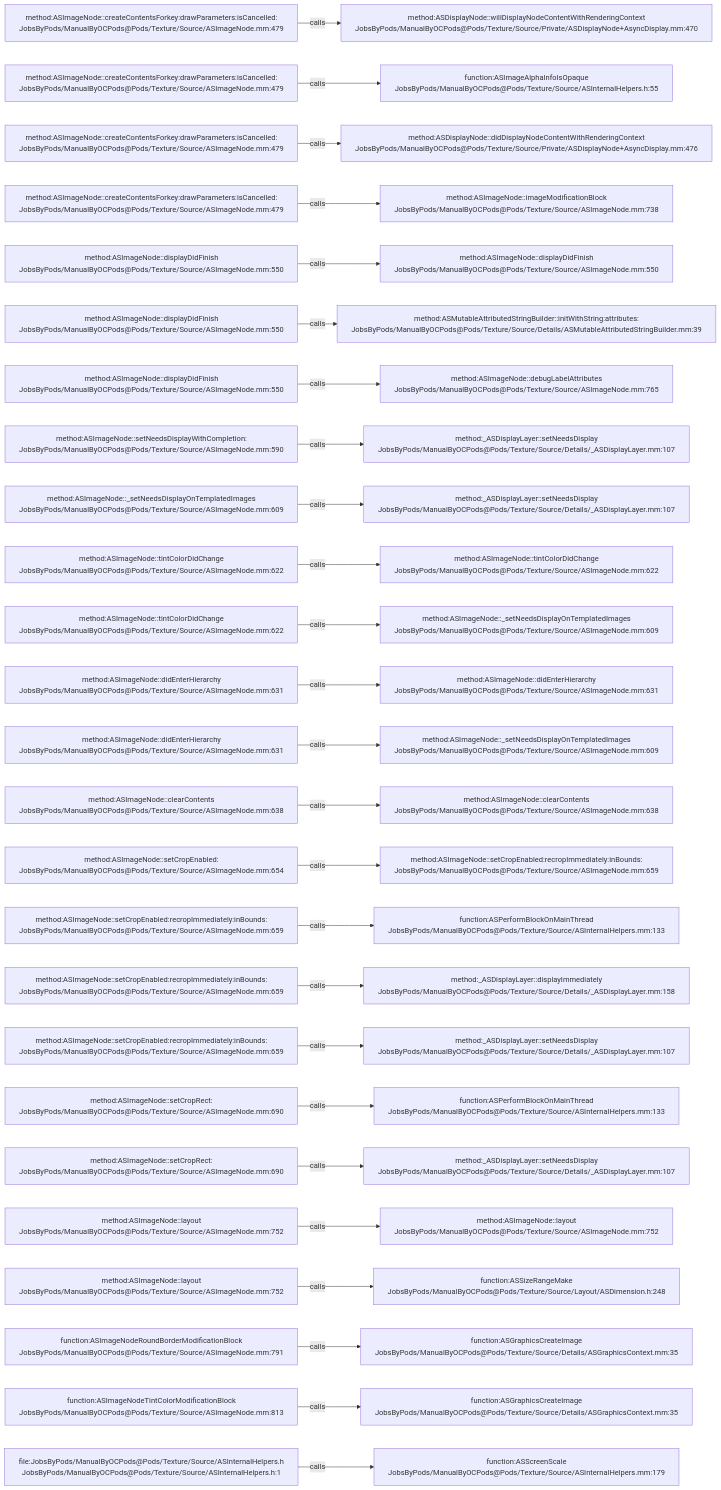
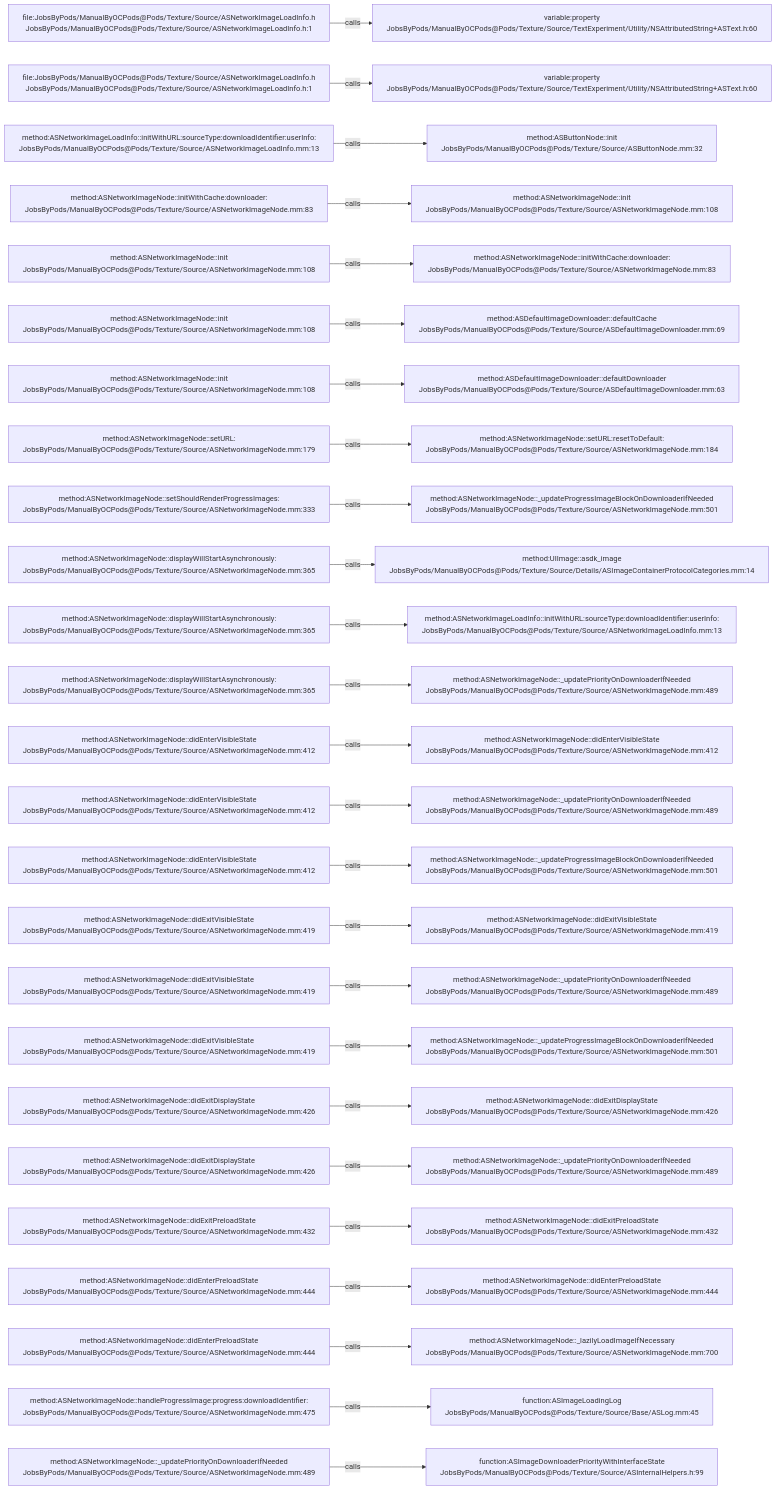
Before and after one commit to JobsKits/JobsOCBaseConfigDemo: the diagram in .codegraph/codegraph.md/graphs/calls-102.md, drawn with Mermaid. The commit also changed 2723 other files, not shown here.

````diff
--- a/.codegraph/codegraph.md/graphs/calls-102.md
+++ b/.codegraph/codegraph.md/graphs/calls-102.md
@@ -13,78 +13,78 @@
 ```mermaid
 flowchart LR
-  S1["method:ASImageNode::createContentsForkey:drawParameters:isCancelled:<br/>JobsByPods/ManualByOCPods@Pods/Texture/Source/ASImageNode.mm:479"]
-  T1["method:ASDisplayNode::willDisplayNodeContentWithRenderingContext<br/>JobsByPods/ManualByOCPods@Pods/Texture/Source/Private/ASDisplayNode+AsyncDisplay.mm:470"]
+  S1["file:JobsByPods/ManualByOCPods@Pods/Texture/Source/ASNetworkImageLoadInfo.h<br/>JobsByPods/ManualByOCPods@Pods/Texture/Source/ASNetworkImageLoadInfo.h:1"]
+  T1["variable:property<br/>JobsByPods/ManualByOCPods@Pods/Texture/Source/TextExperiment/Utility/NSAttributedString+ASText.h:60"]
   S1 -->|calls| T1
-  S2["method:ASImageNode::createContentsForkey:drawParameters:isCancelled:<br/>JobsByPods/ManualByOCPods@Pods/Texture/Source/ASImageNode.mm:479"]
-  T2["function:ASImageAlphaInfoIsOpaque<br/>JobsByPods/ManualByOCPods@Pods/Texture/Source/ASInternalHelpers.h:55"]
+  S2["file:JobsByPods/ManualByOCPods@Pods/Texture/Source/ASNetworkImageLoadInfo.h<br/>JobsByPods/ManualByOCPods@Pods/Texture/Source/ASNetworkImageLoadInfo.h:1"]
+  T2["variable:property<br/>JobsByPods/ManualByOCPods@Pods/Texture/Source/TextExperiment/Utility/NSAttributedString+ASText.h:60"]
   S2 -->|calls| T2
-  S3["method:ASImageNode::createContentsForkey:drawParameters:isCancelled:<br/>JobsByPods/ManualByOCPods@Pods/Texture/Source/ASImageNode.mm:479"]
-  T3["method:ASDisplayNode::didDisplayNodeContentWithRenderingContext<br/>JobsByPods/ManualByOCPods@Pods/Texture/Source/Private/ASDisplayNode+AsyncDisplay.mm:476"]
+  S3["method:ASNetworkImageLoadInfo::initWithURL:sourceType:downloadIdentifier:userInfo:<br/>JobsByPods/ManualByOCPods@Pods/Texture/Source/ASNetworkImageLoadInfo.mm:13"]
+  T3["method:ASButtonNode::init<br/>JobsByPods/ManualByOCPods@Pods/Texture/Source/ASButtonNode.mm:32"]
   S3 -->|calls| T3
-  S4["method:ASImageNode::createContentsForkey:drawParameters:isCancelled:<br/>JobsByPods/ManualByOCPods@Pods/Texture/Source/ASImageNode.mm:479"]
-  T4["method:ASImageNode::imageModificationBlock<br/>JobsByPods/ManualByOCPods@Pods/Texture/Source/ASImageNode.mm:738"]
+  S4["method:ASNetworkImageNode::initWithCache:downloader:<br/>JobsByPods/ManualByOCPods@Pods/Texture/Source/ASNetworkImageNode.mm:83"]
+  T4["method:ASNetworkImageNode::init<br/>JobsByPods/ManualByOCPods@Pods/Texture/Source/ASNetworkImageNode.mm:108"]
   S4 -->|calls| T4
-  S5["method:ASImageNode::displayDidFinish<br/>JobsByPods/ManualByOCPods@Pods/Texture/Source/ASImageNode.mm:550"]
-  T5["method:ASImageNode::displayDidFinish<br/>JobsByPods/ManualByOCPods@Pods/Texture/Source/ASImageNode.mm:550"]
+  S5["method:ASNetworkImageNode::init<br/>JobsByPods/ManualByOCPods@Pods/Texture/Source/ASNetworkImageNode.mm:108"]
+  T5["method:ASNetworkImageNode::initWithCache:downloader:<br/>JobsByPods/ManualByOCPods@Pods/Texture/Source/ASNetworkImageNode.mm:83"]
   S5 -->|calls| T5
-  S6["method:ASImageNode::displayDidFinish<br/>JobsByPods/ManualByOCPods@Pods/Texture/Source/ASImageNode.mm:550"]
-  T6["method:ASMutableAttributedStringBuilder::initWithString:attributes:<br/>JobsByPods/ManualByOCPods@Pods/Texture/Source/Details/ASMutableAttributedStringBuilder.mm:39"]
+  S6["method:ASNetworkImageNode::init<br/>JobsByPods/ManualByOCPods@Pods/Texture/Source/ASNetworkImageNode.mm:108"]
+  T6["method:ASDefaultImageDownloader::defaultCache<br/>JobsByPods/ManualByOCPods@Pods/Texture/Source/ASDefaultImageDownloader.mm:69"]
   S6 -->|calls| T6
-  S7["method:ASImageNode::displayDidFinish<br/>JobsByPods/ManualByOCPods@Pods/Texture/Source/ASImageNode.mm:550"]
-  T7["method:ASImageNode::debugLabelAttributes<br/>JobsByPods/ManualByOCPods@Pods/Texture/Source/ASImageNode.mm:765"]
+  S7["method:ASNetworkImageNode::init<br/>JobsByPods/ManualByOCPods@Pods/Texture/Source/ASNetworkImageNode.mm:108"]
+  T7["method:ASDefaultImageDownloader::defaultDownloader<br/>JobsByPods/ManualByOCPods@Pods/Texture/Source/ASDefaultImageDownloader.mm:63"]
   S7 -->|calls| T7
-  S8["method:ASImageNode::setNeedsDisplayWithCompletion:<br/>JobsByPods/ManualByOCPods@Pods/Texture/Source/ASImageNode.mm:590"]
-  T8["method:_ASDisplayLayer::setNeedsDisplay<br/>JobsByPods/ManualByOCPods@Pods/Texture/Source/Details/_ASDisplayLayer.mm:107"]
+  S8["method:ASNetworkImageNode::setURL:<br/>JobsByPods/ManualByOCPods@Pods/Texture/Source/ASNetworkImageNode.mm:179"]
+  T8["method:ASNetworkImageNode::setURL:resetToDefault:<br/>JobsByPods/ManualByOCPods@Pods/Texture/Source/ASNetworkImageNode.mm:184"]
   S8 -->|calls| T8
-  S9["method:ASImageNode::_setNeedsDisplayOnTemplatedImages<br/>JobsByPods/ManualByOCPods@Pods/Texture/Source/ASImageNode.mm:609"]
-  T9["method:_ASDisplayLayer::setNeedsDisplay<br/>JobsByPods/ManualByOCPods@Pods/Texture/Source/Details/_ASDisplayLayer.mm:107"]
+  S9["method:ASNetworkImageNode::setShouldRenderProgressImages:<br/>JobsByPods/ManualByOCPods@Pods/Texture/Source/ASNetworkImageNode.mm:333"]
+  T9["method:ASNetworkImageNode::_updateProgressImageBlockOnDownloaderIfNeeded<br/>JobsByPods/ManualByOCPods@Pods/Texture/Source/ASNetworkImageNode.mm:501"]
   S9 -->|calls| T9
-  S10["method:ASImageNode::tintColorDidChange<br/>JobsByPods/ManualByOCPods@Pods/Texture/Source/ASImageNode.mm:622"]
-  T10["method:ASImageNode::tintColorDidChange<br/>JobsByPods/ManualByOCPods@Pods/Texture/Source/ASImageNode.mm:622"]
+  S10["method:ASNetworkImageNode::displayWillStartAsynchronously:<br/>JobsByPods/ManualByOCPods@Pods/Texture/Source/ASNetworkImageNode.mm:365"]
+  T10["method:UIImage::asdk_image<br/>JobsByPods/ManualByOCPods@Pods/Texture/Source/Details/ASImageContainerProtocolCategories.mm:14"]
   S10 -->|calls| T10
-  S11["method:ASImageNode::tintColorDidChange<br/>JobsByPods/ManualByOCPods@Pods/Texture/Source/ASImageNode.mm:622"]
-  T11["method:ASImageNode::_setNeedsDisplayOnTemplatedImages<br/>JobsByPods/ManualByOCPods@Pods/Texture/Source/ASImageNode.mm:609"]
+  S11["method:ASNetworkImageNode::displayWillStartAsynchronously:<br/>JobsByPods/ManualByOCPods@Pods/Texture/Source/ASNetworkImageNode.mm:365"]
+  T11["method:ASNetworkImageLoadInfo::initWithURL:sourceType:downloadIdentifier:userInfo:<br/>JobsByPods/ManualByOCPods@Pods/Texture/Source/ASNetworkImageLoadInfo.mm:13"]
   S11 -->|calls| T11
-  S12["method:ASImageNode::didEnterHierarchy<br/>JobsByPods/ManualByOCPods@Pods/Texture/Source/ASImageNode.mm:631"]
-  T12["method:ASImageNode::didEnterHierarchy<br/>JobsByPods/ManualByOCPods@Pods/Texture/Source/ASImageNode.mm:631"]
+  S12["method:ASNetworkImageNode::displayWillStartAsynchronously:<br/>JobsByPods/ManualByOCPods@Pods/Texture/Source/ASNetworkImageNode.mm:365"]
+  T12["method:ASNetworkImageNode::_updatePriorityOnDownloaderIfNeeded<br/>JobsByPods/ManualByOCPods@Pods/Texture/Source/ASNetworkImageNode.mm:489"]
   S12 -->|calls| T12
-  S13["method:ASImageNode::didEnterHierarchy<br/>JobsByPods/ManualByOCPods@Pods/Texture/Source/ASImageNode.mm:631"]
-  T13["method:ASImageNode::_setNeedsDisplayOnTemplatedImages<br/>JobsByPods/ManualByOCPods@Pods/Texture/Source/ASImageNode.mm:609"]
+  S13["method:ASNetworkImageNode::didEnterVisibleState<br/>JobsByPods/ManualByOCPods@Pods/Texture/Source/ASNetworkImageNode.mm:412"]
+  T13["method:ASNetworkImageNode::didEnterVisibleState<br/>JobsByPods/ManualByOCPods@Pods/Texture/Source/ASNetworkImageNode.mm:412"]
   S13 -->|calls| T13
-  S14["method:ASImageNode::clearContents<br/>JobsByPods/ManualByOCPods@Pods/Texture/Source/ASImageNode.mm:638"]
-  T14["method:ASImageNode::clearContents<br/>JobsByPods/ManualByOCPods@Pods/Texture/Source/ASImageNode.mm:638"]
+  S14["method:ASNetworkImageNode::didEnterVisibleState<br/>JobsByPods/ManualByOCPods@Pods/Texture/Source/ASNetworkImageNode.mm:412"]
+  T14["method:ASNetworkImageNode::_updatePriorityOnDownloaderIfNeeded<br/>JobsByPods/ManualByOCPods@Pods/Texture/Source/ASNetworkImageNode.mm:489"]
   S14 -->|calls| T14
-  S15["method:ASImageNode::setCropEnabled:<br/>JobsByPods/ManualByOCPods@Pods/Texture/Source/ASImageNode.mm:654"]
-  T15["method:ASImageNode::setCropEnabled:recropImmediately:inBounds:<br/>JobsByPods/ManualByOCPods@Pods/Texture/Source/ASImageNode.mm:659"]
+  S15["method:ASNetworkImageNode::didEnterVisibleState<br/>JobsByPods/ManualByOCPods@Pods/Texture/Source/ASNetworkImageNode.mm:412"]
+  T15["method:ASNetworkImageNode::_updateProgressImageBlockOnDownloaderIfNeeded<br/>JobsByPods/ManualByOCPods@Pods/Texture/Source/ASNetworkImageNode.mm:501"]
   S15 -->|calls| T15
-  S16["method:ASImageNode::setCropEnabled:recropImmediately:inBounds:<br/>JobsByPods/ManualByOCPods@Pods/Texture/Source/ASImageNode.mm:659"]
-  T16["function:ASPerformBlockOnMainThread<br/>JobsByPods/ManualByOCPods@Pods/Texture/Source/ASInternalHelpers.mm:133"]
+  S16["method:ASNetworkImageNode::didExitVisibleState<br/>JobsByPods/ManualByOCPods@Pods/Texture/Source/ASNetworkImageNode.mm:419"]
+  T16["method:ASNetworkImageNode::didExitVisibleState<br/>JobsByPods/ManualByOCPods@Pods/Texture/Source/ASNetworkImageNode.mm:419"]
   S16 -->|calls| T16
-  S17["method:ASImageNode::setCropEnabled:recropImmediately:inBounds:<br/>JobsByPods/ManualByOCPods@Pods/Texture/Source/ASImageNode.mm:659"]
-  T17["method:_ASDisplayLayer::displayImmediately<br/>JobsByPods/ManualByOCPods@Pods/Texture/Source/Details/_ASDisplayLayer.mm:158"]
+  S17["method:ASNetworkImageNode::didExitVisibleState<br/>JobsByPods/ManualByOCPods@Pods/Texture/Source/ASNetworkImageNode.mm:419"]
+  T17["method:ASNetworkImageNode::_updatePriorityOnDownloaderIfNeeded<br/>JobsByPods/ManualByOCPods@Pods/Texture/Source/ASNetworkImageNode.mm:489"]
   S17 -->|calls| T17
-  S18["method:ASImageNode::setCropEnabled:recropImmediately:inBounds:<br/>JobsByPods/ManualByOCPods@Pods/Texture/Source/ASImageNode.mm:659"]
-  T18["method:_ASDisplayLayer::setNeedsDisplay<br/>JobsByPods/ManualByOCPods@Pods/Texture/Source/Details/_ASDisplayLayer.mm:107"]
+  S18["method:ASNetworkImageNode::didExitVisibleState<br/>JobsByPods/ManualByOCPods@Pods/Texture/Source/ASNetworkImageNode.mm:419"]
+  T18["method:ASNetworkImageNode::_updateProgressImageBlockOnDownloaderIfNeeded<br/>JobsByPods/ManualByOCPods@Pods/Texture/Source/ASNetworkImageNode.mm:501"]
   S18 -->|calls| T18
-  S19["method:ASImageNode::setCropRect:<br/>JobsByPods/ManualByOCPods@Pods/Texture/Source/ASImageNode.mm:690"]
-  T19["function:ASPerformBlockOnMainThread<br/>JobsByPods/ManualByOCPods@Pods/Texture/Source/ASInternalHelpers.mm:133"]
+  S19["method:ASNetworkImageNode::didExitDisplayState<br/>JobsByPods/ManualByOCPods@Pods/Texture/Source/ASNetworkImageNode.mm:426"]
+  T19["method:ASNetworkImageNode::didExitDisplayState<br/>JobsByPods/ManualByOCPods@Pods/Texture/Source/ASNetworkImageNode.mm:426"]
   S19 -->|calls| T19
-  S20["method:ASImageNode::setCropRect:<br/>JobsByPods/ManualByOCPods@Pods/Texture/Source/ASImageNode.mm:690"]
-  T20["method:_ASDisplayLayer::setNeedsDisplay<br/>JobsByPods/ManualByOCPods@Pods/Texture/Source/Details/_ASDisplayLayer.mm:107"]
+  S20["method:ASNetworkImageNode::didExitDisplayState<br/>JobsByPods/ManualByOCPods@Pods/Texture/Source/ASNetworkImageNode.mm:426"]
+  T20["method:ASNetworkImageNode::_updatePriorityOnDownloaderIfNeeded<br/>JobsByPods/ManualByOCPods@Pods/Texture/Source/ASNetworkImageNode.mm:489"]
   S20 -->|calls| T20
-  S21["method:ASImageNode::layout<br/>JobsByPods/ManualByOCPods@Pods/Texture/Source/ASImageNode.mm:752"]
-  T21["method:ASImageNode::layout<br/>JobsByPods/ManualByOCPods@Pods/Texture/Source/ASImageNode.mm:752"]
+  S21["method:ASNetworkImageNode::didExitPreloadState<br/>JobsByPods/ManualByOCPods@Pods/Texture/Source/ASNetworkImageNode.mm:432"]
+  T21["method:ASNetworkImageNode::didExitPreloadState<br/>JobsByPods/ManualByOCPods@Pods/Texture/Source/ASNetworkImageNode.mm:432"]
   S21 -->|calls| T21
-  S22["method:ASImageNode::layout<br/>JobsByPods/ManualByOCPods@Pods/Texture/Source/ASImageNode.mm:752"]
-  T22["function:ASSizeRangeMake<br/>JobsByPods/ManualByOCPods@Pods/Texture/Source/Layout/ASDimension.h:248"]
+  S22["method:ASNetworkImageNode::didEnterPreloadState<br/>JobsByPods/ManualByOCPods@Pods/Texture/Source/ASNetworkImageNode.mm:444"]
+  T22["method:ASNetworkImageNode::didEnterPreloadState<br/>JobsByPods/ManualByOCPods@Pods/Texture/Source/ASNetworkImageNode.mm:444"]
   S22 -->|calls| T22
-  S23["function:ASImageNodeRoundBorderModificationBlock<br/>JobsByPods/ManualByOCPods@Pods/Texture/Source/ASImageNode.mm:791"]
-  T23["function:ASGraphicsCreateImage<br/>JobsByPods/ManualByOCPods@Pods/Texture/Source/Details/ASGraphicsContext.mm:35"]
+  S23["method:ASNetworkImageNode::didEnterPreloadState<br/>JobsByPods/ManualByOCPods@Pods/Texture/Source/ASNetworkImageNode.mm:444"]
+  T23["method:ASNetworkImageNode::_lazilyLoadImageIfNecessary<br/>JobsByPods/ManualByOCPods@Pods/Texture/Source/ASNetworkImageNode.mm:700"]
   S23 -->|calls| T23
-  S24["function:ASImageNodeTintColorModificationBlock<br/>JobsByPods/ManualByOCPods@Pods/Texture/Source/ASImageNode.mm:813"]
-  T24["function:ASGraphicsCreateImage<br/>JobsByPods/ManualByOCPods@Pods/Texture/Source/Details/ASGraphicsContext.mm:35"]
+  S24["method:ASNetworkImageNode::handleProgressImage:progress:downloadIdentifier:<br/>JobsByPods/ManualByOCPods@Pods/Texture/Source/ASNetworkImageNode.mm:475"]
+  T24["function:ASImageLoadingLog<br/>JobsByPods/ManualByOCPods@Pods/Texture/Source/Base/ASLog.mm:45"]
   S24 -->|calls| T24
-  S25["file:JobsByPods/ManualByOCPods@Pods/Texture/Source/ASInternalHelpers.h<br/>JobsByPods/ManualByOCPods@Pods/Texture/Source/ASInternalHelpers.h:1"]
-  T25["function:ASScreenScale<br/>JobsByPods/ManualByOCPods@Pods/Texture/Source/ASInternalHelpers.mm:179"]
+  S25["method:ASNetworkImageNode::_updatePriorityOnDownloaderIfNeeded<br/>JobsByPods/ManualByOCPods@Pods/Texture/Source/ASNetworkImageNode.mm:489"]
+  T25["function:ASImageDownloaderPriorityWithInterfaceState<br/>JobsByPods/ManualByOCPods@Pods/Texture/Source/ASInternalHelpers.h:99"]
   S25 -->|calls| T25
 ```
````
